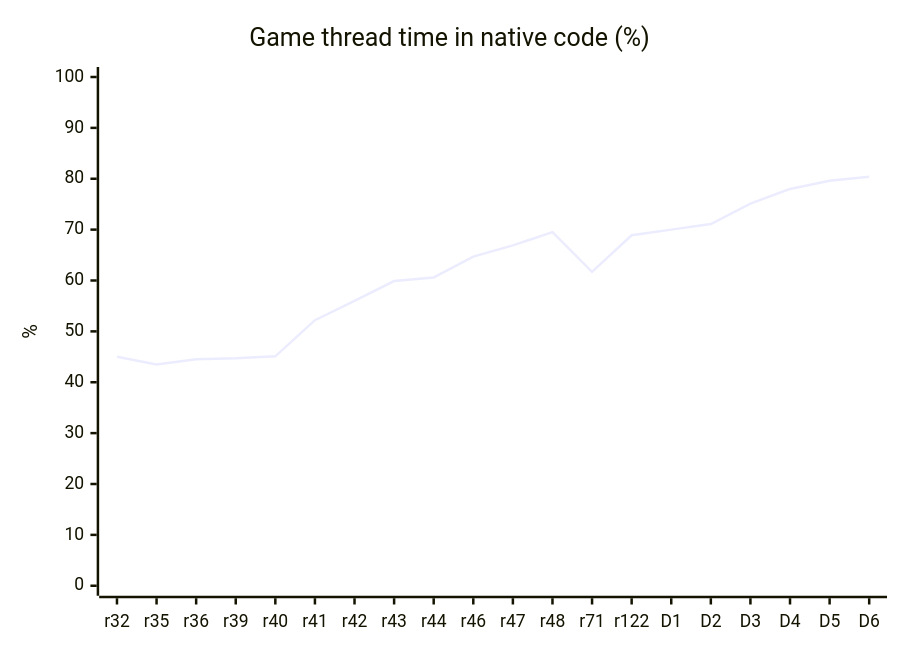
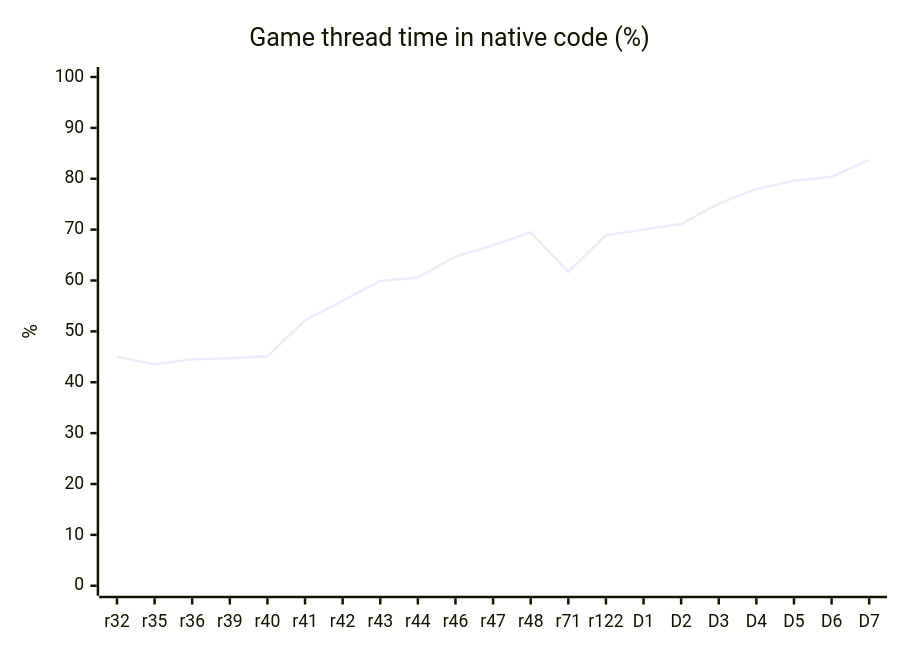
One commit to HenryKun55/celosia changed the diagram in README.md. Above: the diagram before and after it, drawn with Mermaid. The commit also changed other lines of this file and 48 other files, not shown here.

````diff
--- a/README.md
+++ b/README.md
@@ -272,7 +273,7 @@
 ```mermaid
 xychart-beta
     title "Game thread time in native code (%)"
-    x-axis ["r32", "r35", "r36", "r39", "r40", "r41", "r42", "r43", "r44", "r46", "r47", "r48", "r71", "r122", "D1", "D2", "D3", "D4", "D5", "D6"]
+    x-axis ["r32", "r35", "r36", "r39", "r40", "r41", "r42", "r43", "r44", "r46", "r47", "r48", "r71", "r122", "D1", "D2", "D3", "D4", "D5", "D6", "D7"]
     y-axis "%" 0 --> 100
-    line [45.0, 43.5, 44.5, 44.7, 45.1, 52.2, 56.0, 59.9, 60.6, 64.7, 66.9, 69.5, 61.7, 68.9, 70.0, 71.1, 75.1, 78.0, 79.6, 80.4]
+    line [45.0, 43.5, 44.5, 44.7, 45.1, 52.2, 56.0, 59.9, 60.6, 64.7, 66.9, 69.5, 61.7, 68.9, 70.0, 71.1, 75.1, 78.0, 79.6, 80.4, 83.7]
 ```
````
